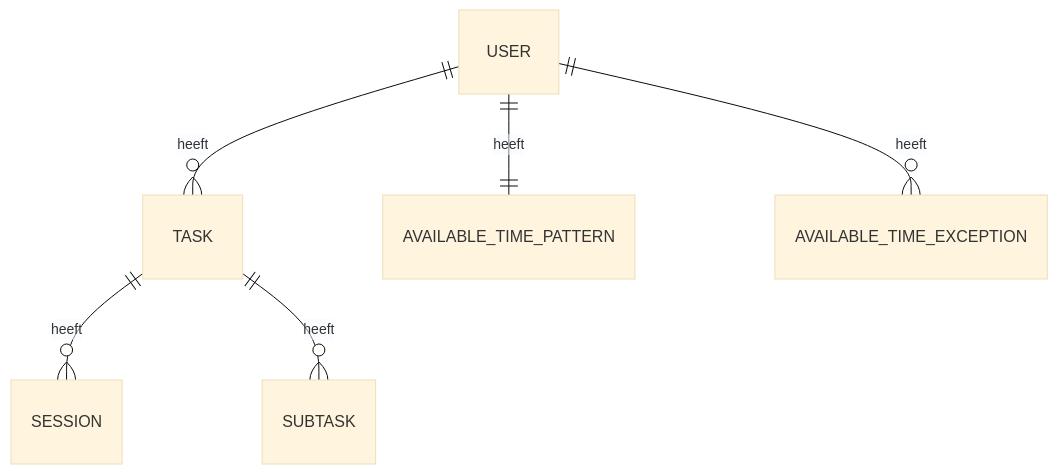
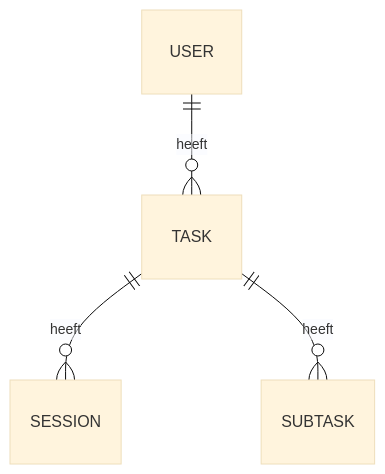
Before and after one commit to hillebrand/flowz2: the second of 3 diagrams in _bmad-output/planning-artifacts/architecture/architecture-Flowz-2026-07-14/ARCHITECTURE-SPINE.md, drawn with Mermaid (base theme). The commit also changed other lines of this file and 26 other files, not shown here.

First line of the commit message:
Correct Course: PRD/architectuur/epics/UX-design bijgewerkt voor Story 2.1

````diff
--- a/_bmad-output/planning-artifacts/architecture/architecture-Flowz-2026-07-14/ARCHITECTURE-SPINE.md
+++ b/_bmad-output/planning-artifacts/architecture/architecture-Flowz-2026-07-14/ARCHITECTURE-SPINE.md
@@ -130,8 +139,6 @@
 ```mermaid
 erDiagram
     USER ||--o{ TASK : heeft
-    USER ||--|| AVAILABLE_TIME_PATTERN : heeft
-    USER ||--o{ AVAILABLE_TIME_EXCEPTION : heeft
     TASK ||--o{ SESSION : heeft
     TASK ||--o{ SUBTASK : heeft
 ```
````
